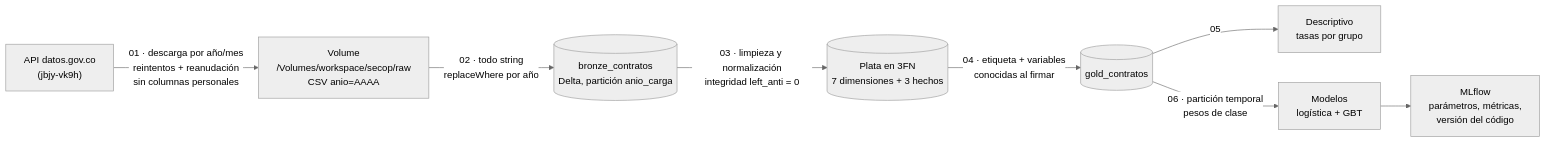
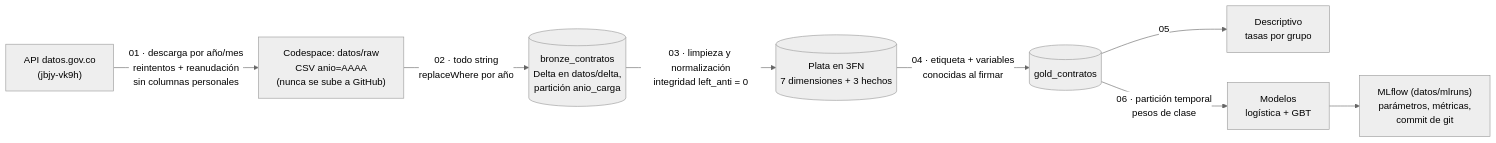
The first of 2 diagrams in README.md (CristianVallejo0104/proyecto-secop-databricks), drawn with Mermaid (neutral theme) before and after one commit. The commit also changed other lines of this file and 8 other files, not shown here.

````diff
--- a/README.md
+++ b/README.md
@@ -28,10 +30,10 @@
 ```mermaid
 flowchart LR
-    API["API datos.gov.co<br/>(jbjy-vk9h)"] -->|"01 · descarga por año/mes<br/>reintentos + reanudación<br/>sin columnas personales"| VOL["Volume<br/>/Volumes/workspace/secop/raw<br/>CSV anio=AAAA"]
-    VOL -->|"02 · todo string<br/>replaceWhere por año"| B[("bronze_contratos<br/>Delta, partición anio_carga")]
+    API["API datos.gov.co<br/>(jbjy-vk9h)"] -->|"01 · descarga por año/mes<br/>reintentos + reanudación<br/>sin columnas personales"| VOL["Codespace: datos/raw<br/>CSV anio=AAAA<br/>(nunca se sube a GitHub)"]
+    VOL -->|"02 · todo string<br/>replaceWhere por año"| B[("bronze_contratos<br/>Delta en datos/delta,<br/>partición anio_carga")]
     B -->|"03 · limpieza y normalización<br/>integridad left_anti = 0"| P[("Plata en 3FN<br/>7 dimensiones + 3 hechos")]
     P -->|"04 · etiqueta + variables<br/>conocidas al firmar"| O[("gold_contratos")]
     O -->|05| D["Descriptivo<br/>tasas por grupo"]
     O -->|"06 · partición temporal<br/>pesos de clase"| M["Modelos<br/>logística + GBT"]
-    M --> ML["MLflow<br/>parámetros, métricas,<br/>versión del código"]
+    M --> ML["MLflow (datos/mlruns)<br/>parámetros, métricas,<br/>commit de git"]
 ```
````
